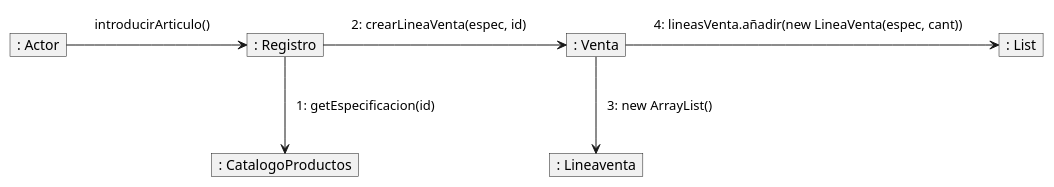
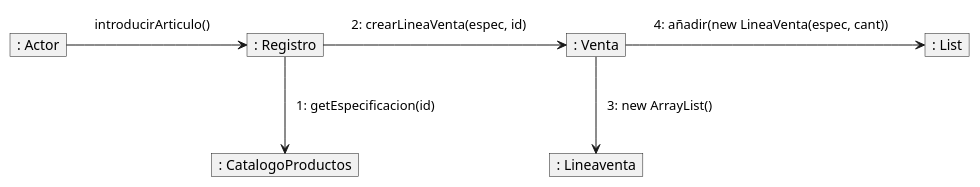
One commit to TheSProyect/IS-022023 changed the diagram in docs/diagrams/Colaboration.plantuml. Above: the diagram before and after it, drawn with PlantUML.

```diff
--- a/docs/diagrams/Colaboration.plantuml
+++ b/docs/diagrams/Colaboration.plantuml
@@ -1,41 +1,41 @@
 @startuml "Venta"
 
 skinparam noteBackgroundColor transparent
 skinparam noteBorderColor transparent
 hide members
 
 object ": Actor" as User
 object ": Registro" as Register
 object ": Venta" as Sale
 object ": CatalogoProductos" as Catalogue
 object ": Lineaventa" as SaleLine
 object ": List" as List
 
 
 User -r-> Register
 note on link
     introducirArticulo()
 end note
 
 Register -d-> Catalogue
 note on link
     1: getEspecificacion(id)
 end note
 
 
 Register -r-> Sale
 note on link
     2: crearLineaVenta(espec, id) 
 end note
 
 Sale -r-> List
 note on link
-    4: lineasVenta.añadir(new LineaVenta(espec, cant))
+    4: añadir(new LineaVenta(espec, cant))
 end note
 
 Sale --> SaleLine
 note on link
     3: new ArrayList()
 end note
 
 @enduml
```
